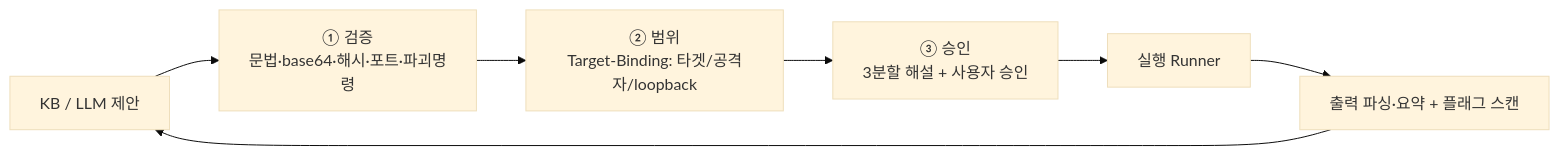
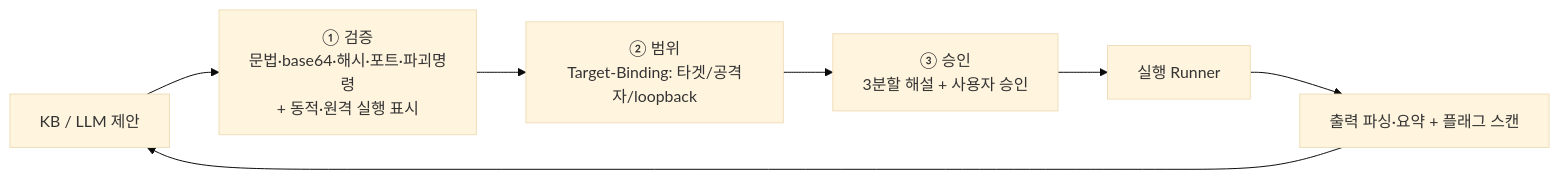
The second of 2 diagrams in htb-agent/docs/ARCHITECTURE.md (HyungJinKwon/Blog_Custom_Skin), drawn with Mermaid (base theme) before and after one commit. The commit also changed other lines of this file and 7 other files, not shown here.

````diff
--- a/htb-agent/docs/ARCHITECTURE.md
+++ b/htb-agent/docs/ARCHITECTURE.md
@@ -62,9 +62,9 @@
 ```mermaid
 flowchart LR
-  P[KB / LLM 제안] --> V[① 검증<br/>문법·base64·해시·포트·파괴명령]
+  P[KB / LLM 제안] --> V[① 검증<br/>문법·base64·해시·포트·파괴명령<br/>+ 동적·원격 실행 표시]
   V --> S[② 범위<br/>Target-Binding: 타겟/공격자/loopback]
   S --> A[③ 승인<br/>3분할 해설 + 사용자 승인]
   A --> X[실행 Runner]
   X --> O[출력 파싱·요약 + 플래그 스캔]
   O --> P
 ```
````
